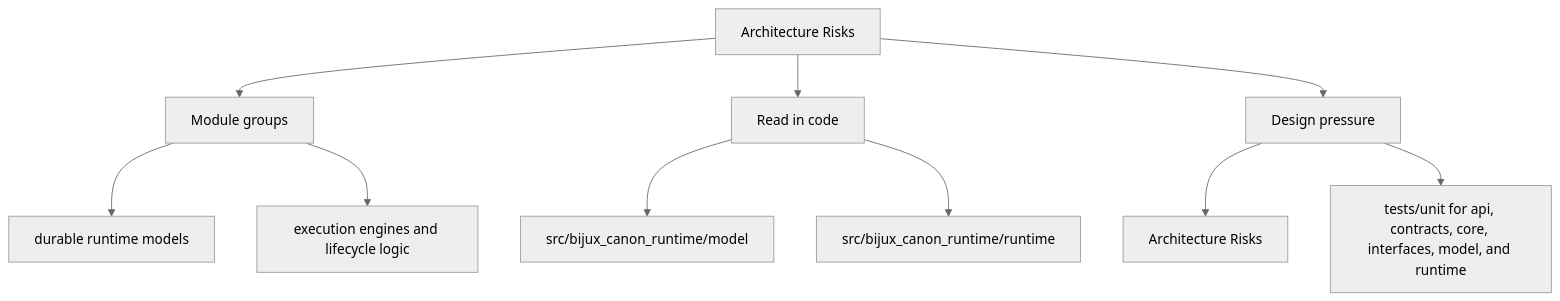
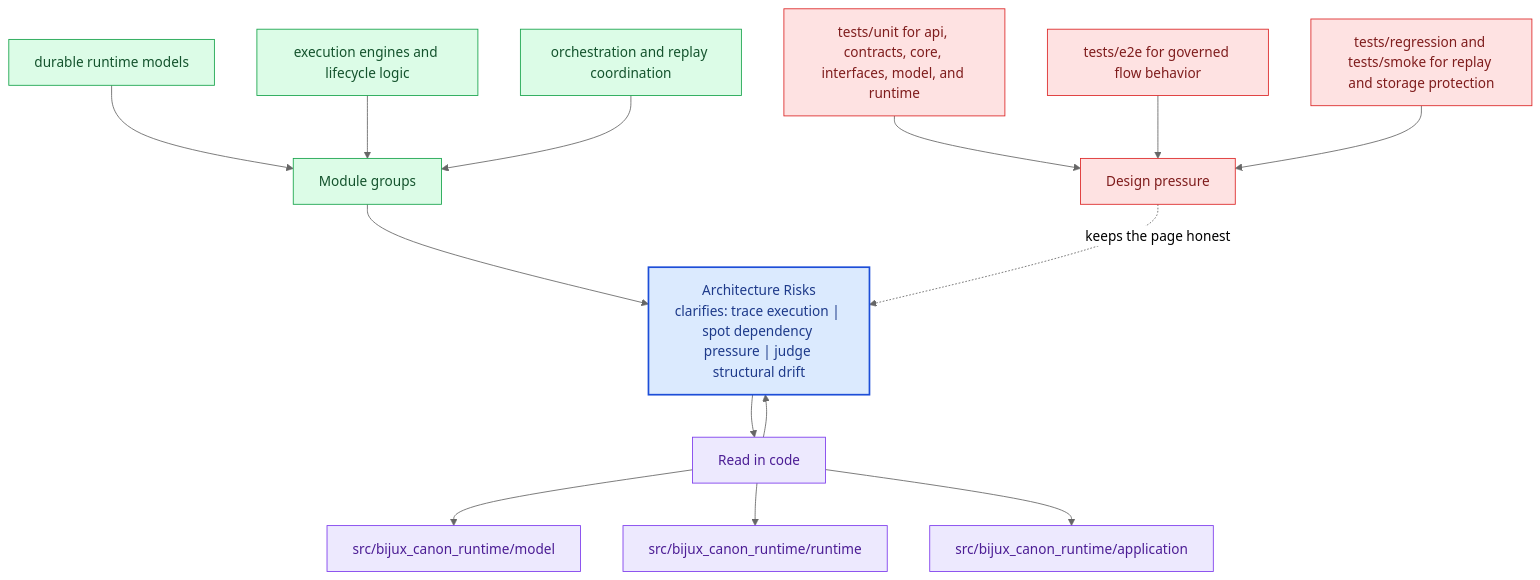
The second of 2 diagrams in docs/bijux-canon-runtime/architecture/architecture-risks.md (bijux/bijux-canon), drawn with Mermaid (neutral theme) before and after one commit. The commit also changed other lines of this file and 281 other files, not shown here.

Commit message:
docs(diagrams): deepen handbook mermaid maps across the catalog

````diff
--- a/docs/bijux-canon-runtime/architecture/architecture-risks.md
+++ b/docs/bijux-canon-runtime/architecture/architecture-risks.md
@@ -34,22 +67,40 @@
 ```mermaid
-flowchart TD
-    page["Architecture Risks"]
+flowchart TB
+    promise["Architecture Risks<br/>clarifies: trace execution | spot dependency pressure | judge structural drift"]
+    classDef promise fill:#dbeafe,stroke:#1d4ed8,color:#1e3a8a,stroke-width:2px;
+    classDef driver fill:#dcfce7,stroke:#16a34a,color:#14532d;
+    classDef constraint fill:#fee2e2,stroke:#dc2626,color:#7f1d1d;
+    classDef ground fill:#ede9fe,stroke:#7c3aed,color:#4c1d95;
     focus1["Module groups"]
-    page --> focus1
+    focus1 --> promise
     focus1_1["durable runtime models"]
-    focus1 --> focus1_1
+    focus1_1 --> focus1
     focus1_2["execution engines and lifecycle logic"]
-    focus1 --> focus1_2
+    focus1_2 --> focus1
+    focus1_3["orchestration and replay coordination"]
+    focus1_3 --> focus1
+    class focus1 driver;
+    class focus1_1,focus1_2,focus1_3 driver;
     focus2["Read in code"]
-    page --> focus2
+    focus2 --> promise
+    promise --> focus2
     focus2_1["src/bijux_canon_runtime/model"]
     focus2 --> focus2_1
     focus2_2["src/bijux_canon_runtime/runtime"]
     focus2 --> focus2_2
+    focus2_3["src/bijux_canon_runtime/application"]
+    focus2 --> focus2_3
+    class focus2 ground;
+    class focus2_1,focus2_2,focus2_3 ground;
     focus3["Design pressure"]
-    page --> focus3
-    focus3_1["Architecture Risks"]
-    focus3 --> focus3_1
-    focus3_2["tests/unit for api, contracts, core, interfaces, model, and runtime"]
-    focus3 --> focus3_2
+    focus3 -.keeps the page honest.-> promise
+    focus3_1["tests/unit for api, contracts, core, interfaces, model, and runtime"]
+    focus3_1 --> focus3
+    focus3_2["tests/e2e for governed flow behavior"]
+    focus3_2 --> focus3
+    focus3_3["tests/regression and tests/smoke for replay and storage protection"]
+    focus3_3 --> focus3
+    class focus3 constraint;
+    class focus3_1,focus3_2,focus3_3 constraint;
+    class promise promise;
 ```
````
